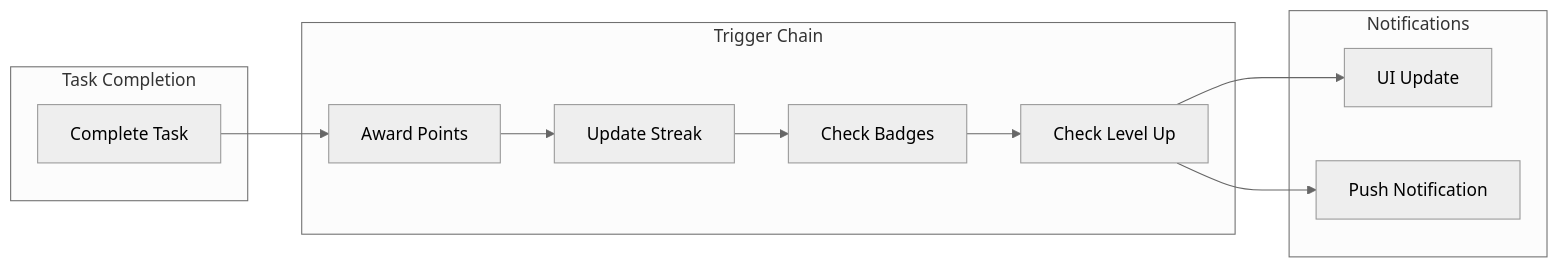
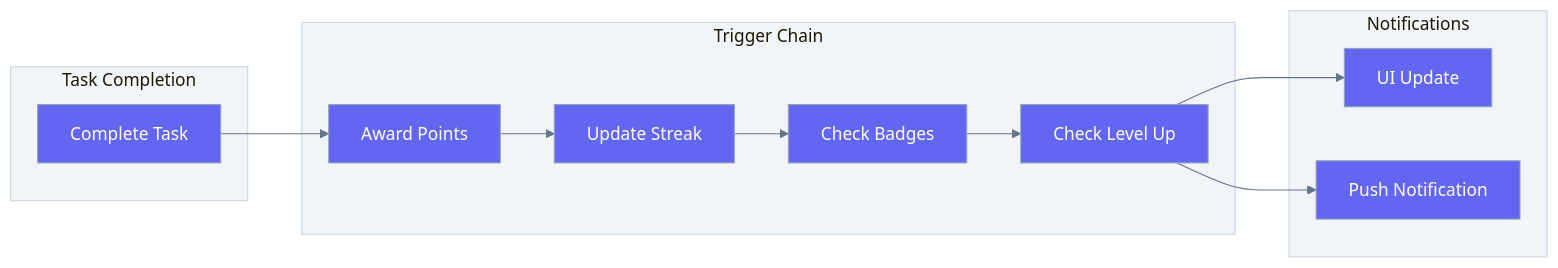
Before and after one commit to anisha-agarwal/chore-champions: the fourth of 9 diagrams in docs/ARCHITECTURE.md, drawn with Mermaid. The commit also changed other lines of this file and 2 other files, not shown here.

First line of the commit message:
Improve Mermaid diagram contrast for dark mode

````diff
--- a/docs/ARCHITECTURE.md
+++ b/docs/ARCHITECTURE.md
@@ -108,26 +108,26 @@
 ```mermaid
-%%{init: {'theme': 'neutral'}}%%
+%%{init: {'theme': 'base', 'themeVariables': {'primaryColor': '#6366f1', 'primaryTextColor': '#fff', 'primaryBorderColor': '#4f46e5', 'lineColor': '#64748b', 'secondaryColor': '#f1f5f9', 'tertiaryColor': '#e0e7ff', 'background': '#ffffff', 'nodeBkg': '#f8fafc', 'nodeBorder': '#94a3b8', 'clusterBkg': '#f1f5f9', 'clusterBorder': '#cbd5e1', 'edgeLabelBackground': '#ffffff'}}}%%
 flowchart LR
     subgraph Trigger["Task Completion"]
         Complete["Complete Task"]
     end
 
     subgraph Chain["Trigger Chain"]
         Points["Award Points"]
         Streak["Update Streak"]
         Badge["Check Badges"]
         Level["Check Level Up"]
     end
 
     subgraph Notify["Notifications"]
         UI["UI Update"]
         Push["Push Notification"]
     end
 
     Complete --> Points
     Points --> Streak
     Streak --> Badge
     Badge --> Level
     Level --> UI
     Level --> Push
 ```
````
